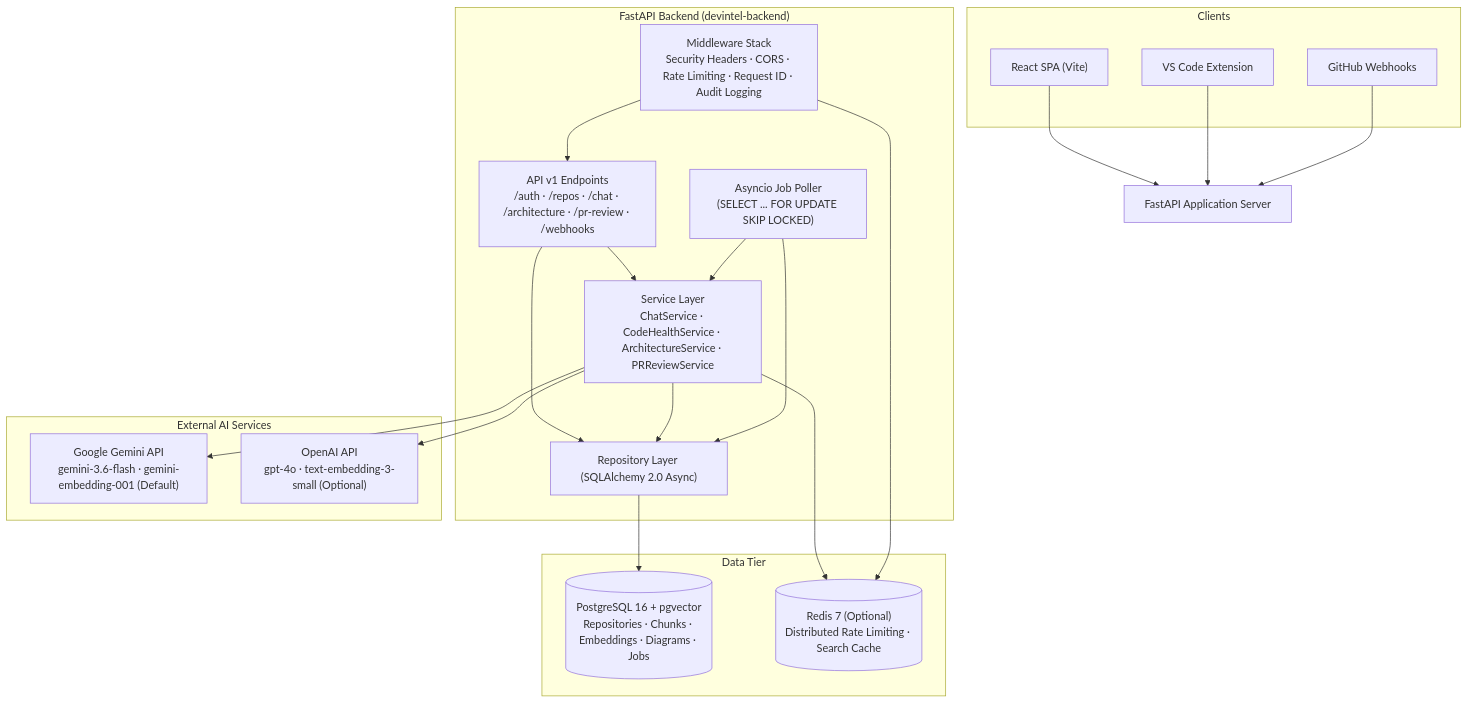
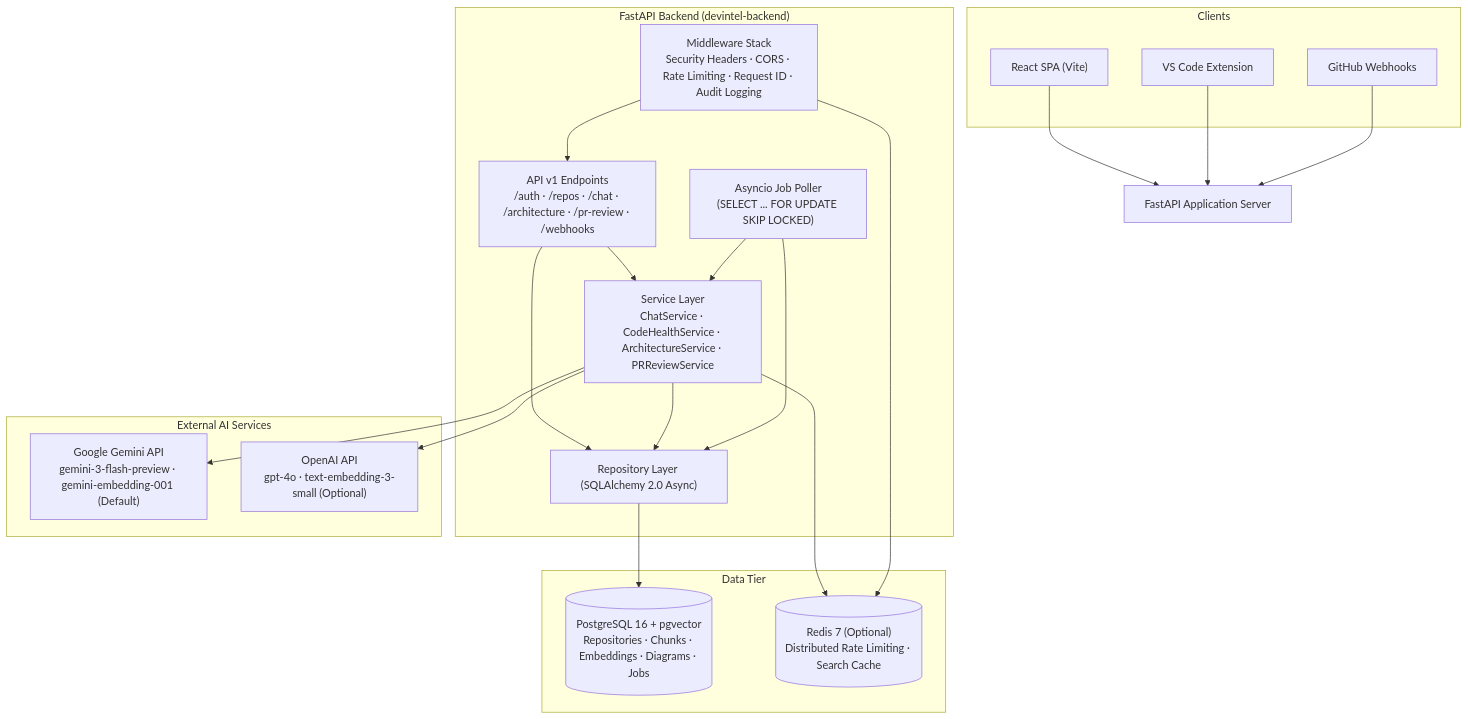
The diagram in data/readmes/josephkamau32__devintel.md (zqf20096327/dbhub_collect), drawn with Mermaid before and after one commit. The commit also changed other lines of this file and 900 other files, not shown here.

````diff
--- a/data/readmes/josephkamau32__devintel.md
+++ b/data/readmes/josephkamau32__devintel.md
@@ -32,43 +32,43 @@
 ```mermaid
 graph TD
     subgraph Clients
         FE["React SPA (Vite)"]
         VSC["VS Code Extension"]
         GH["GitHub Webhooks"]
     end
 
     FE --> API["FastAPI Application Server"]
     VSC --> API
     GH --> API
 
     subgraph Backend["FastAPI Backend (devintel-backend)"]
         MW["Middleware Stack<br/>Security Headers · CORS · Rate Limiting · Request ID · Audit Logging"]
         ROUTES["API v1 Endpoints<br/>/auth · /repos · /chat · /architecture · /pr-review · /webhooks"]
         SVC["Service Layer<br/>ChatService · CodeHealthService · ArchitectureService · PRReviewService"]
         POLLER["Asyncio Job Poller<br/>(SELECT ... FOR UPDATE SKIP LOCKED)"]
         REPO["Repository Layer (SQLAlchemy 2.0 Async)"]
 
         MW --> ROUTES
         ROUTES --> SVC
         ROUTES --> REPO
         SVC --> REPO
         POLLER --> SVC
         POLLER --> REPO
     end
 
     subgraph Storage["Data Tier"]
         PG[("PostgreSQL 16 + pgvector<br/>Repositories · Chunks · Embeddings · Diagrams · Jobs")]
         REDIS[("Redis 7 (Optional)<br/>Distributed Rate Limiting · Search Cache")]
     end
 
     subgraph AIProviders["External AI Services"]
-        GEMINI["Google Gemini API<br/>gemini-3.6-flash · gemini-embedding-001 (Default)"]
+        GEMINI["Google Gemini API<br/>gemini-3-flash-preview · gemini-embedding-001 (Default)"]
         OPENAI["OpenAI API<br/>gpt-4o · text-embedding-3-small (Optional)"]
     end
 
     REPO --> PG
     SVC --> REDIS
     MW --> REDIS
     SVC --> GEMINI
     SVC --> OPENAI
 ```
````
